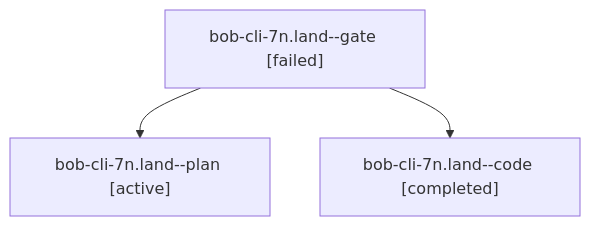
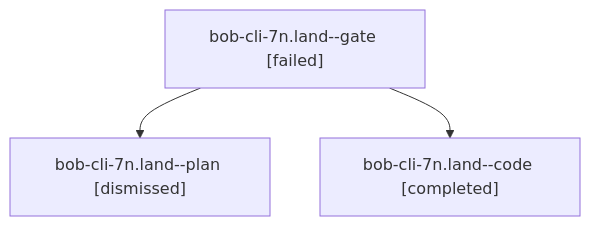
One commit to bobs-org/bob-cli--agents changed the diagram in sessions/bbugyi200.athena.bob-cli-7n.land.md. Above: the diagram before and after it, drawn with Mermaid. The commit also changed other lines of this file and 116 other files, not shown here.

````diff
--- a/sessions/bbugyi200.athena.bob-cli-7n.land.md
+++ b/sessions/bbugyi200.athena.bob-cli-7n.land.md
@@ -9,8 +9,8 @@
 ```mermaid
 flowchart TD
   n0["bob-cli-7n.land--gate [failed]"]
-  n1["bob-cli-7n.land--plan [active]"]
+  n1["bob-cli-7n.land--plan [dismissed]"]
   n0 --> n1
   n2["bob-cli-7n.land--code [completed]"]
   n0 --> n2
 ```
````
